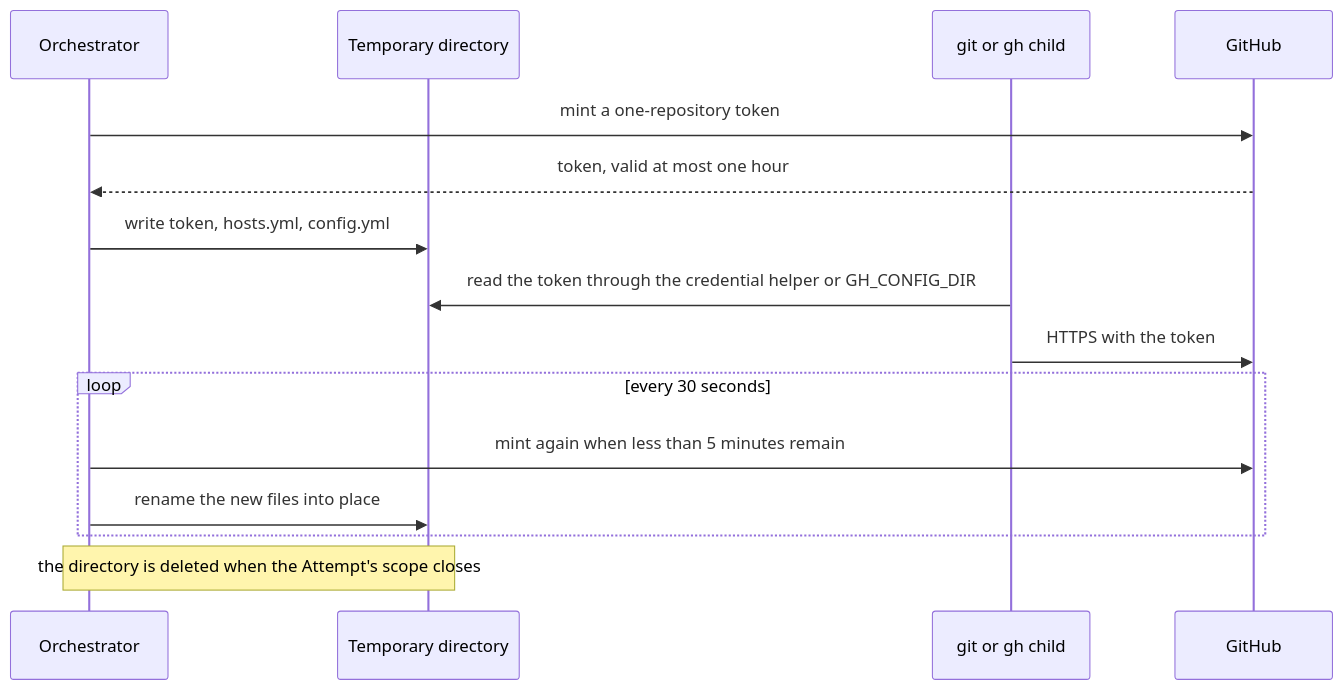
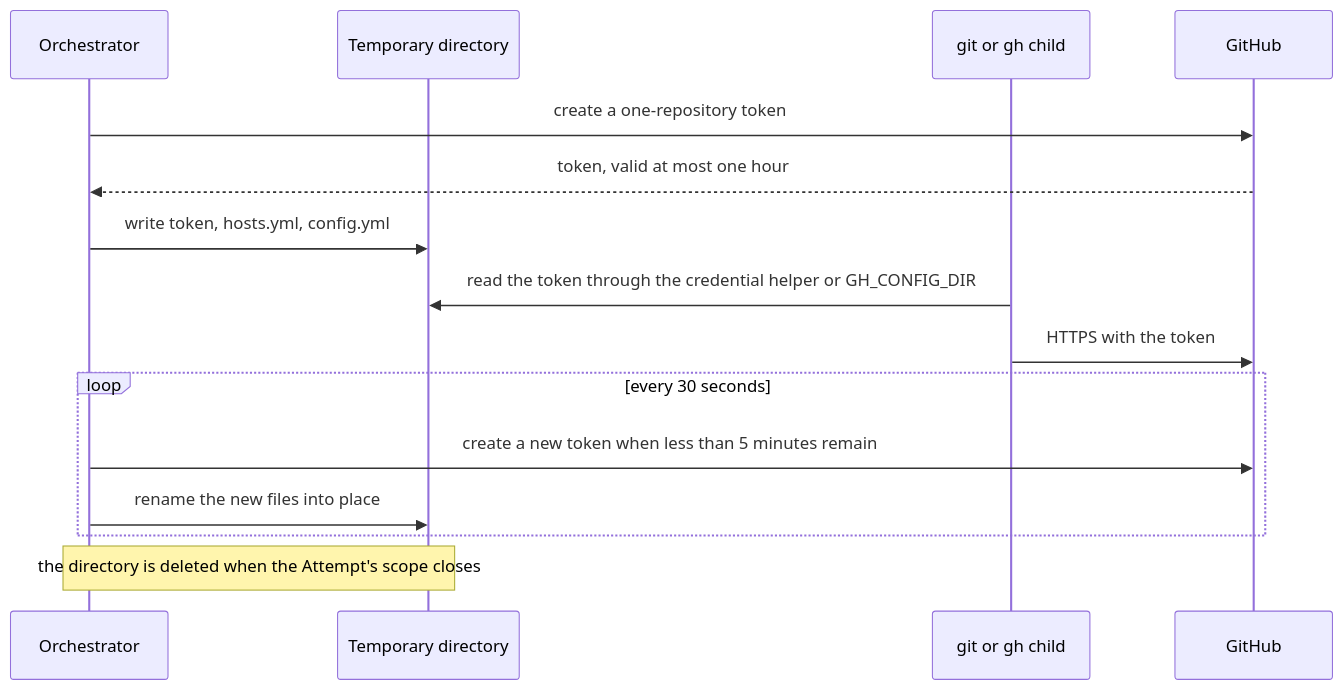
Before and after one commit to basaltbytes/usine: the sixth of 9 diagrams in apps/docs/src/content/docs/architecture/workers-and-gateway.mdx, drawn with Mermaid. The commit also changed other lines of this file and 7 other files, not shown here.

First line of the commit message:
docs(architecture): rewrite convoluted sentences in plain terms

````diff
--- a/apps/docs/src/content/docs/architecture/workers-and-gateway.mdx
+++ b/apps/docs/src/content/docs/architecture/workers-and-gateway.mdx
@@ -387,17 +387,17 @@
 ```mermaid
 sequenceDiagram
   participant O as Orchestrator
   participant D as Temporary directory
   participant C as git or gh child
   participant G as GitHub
-  O->>G: mint a one-repository token
+  O->>G: create a one-repository token
   G-->>O: token, valid at most one hour
   O->>D: write token, hosts.yml, config.yml
   C->>D: read the token through the credential helper or GH_CONFIG_DIR
   C->>G: HTTPS with the token
   loop every 30 seconds
-    O->>G: mint again when less than 5 minutes remain
+    O->>G: create a new token when less than 5 minutes remain
     O->>D: rename the new files into place
   end
   Note over O,D: the directory is deleted when the Attempt's scope closes
 ```
````
